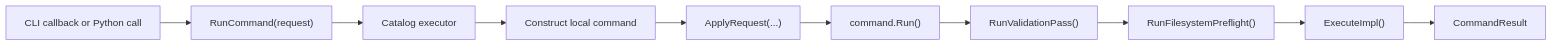
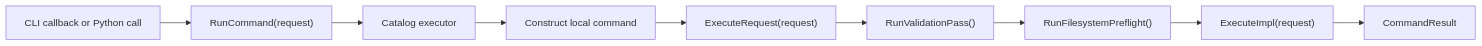
The diagram in docs/developer/architecture/command-architecture.md (yslianTim/rhbm_gem), drawn with Mermaid before and after one commit. The commit also changed other lines of this file and 16 other files, not shown here.

````diff
--- a/docs/developer/architecture/command-architecture.md
+++ b/docs/developer/architecture/command-architecture.md
@@ -93,12 +93,11 @@
 ```mermaid
 flowchart LR
     A["CLI callback or Python call"] --> B["RunCommand(request)"]
     B --> C["Catalog executor"]
     C --> D["Construct local command"]
-    D --> E["ApplyRequest(...)"]
-    E --> F["command.Run()"]
-    F --> G["RunValidationPass()"]
-    G --> H["RunFilesystemPreflight()"]
-    H --> I["ExecuteImpl()"]
-    I --> J["CommandResult"]
+    D --> E["ExecuteRequest(request)"]
+    E --> F["RunValidationPass()"]
+    F --> G["RunFilesystemPreflight()"]
+    G --> H["ExecuteImpl(request)"]
+    H --> I["CommandResult"]
 ```
````
